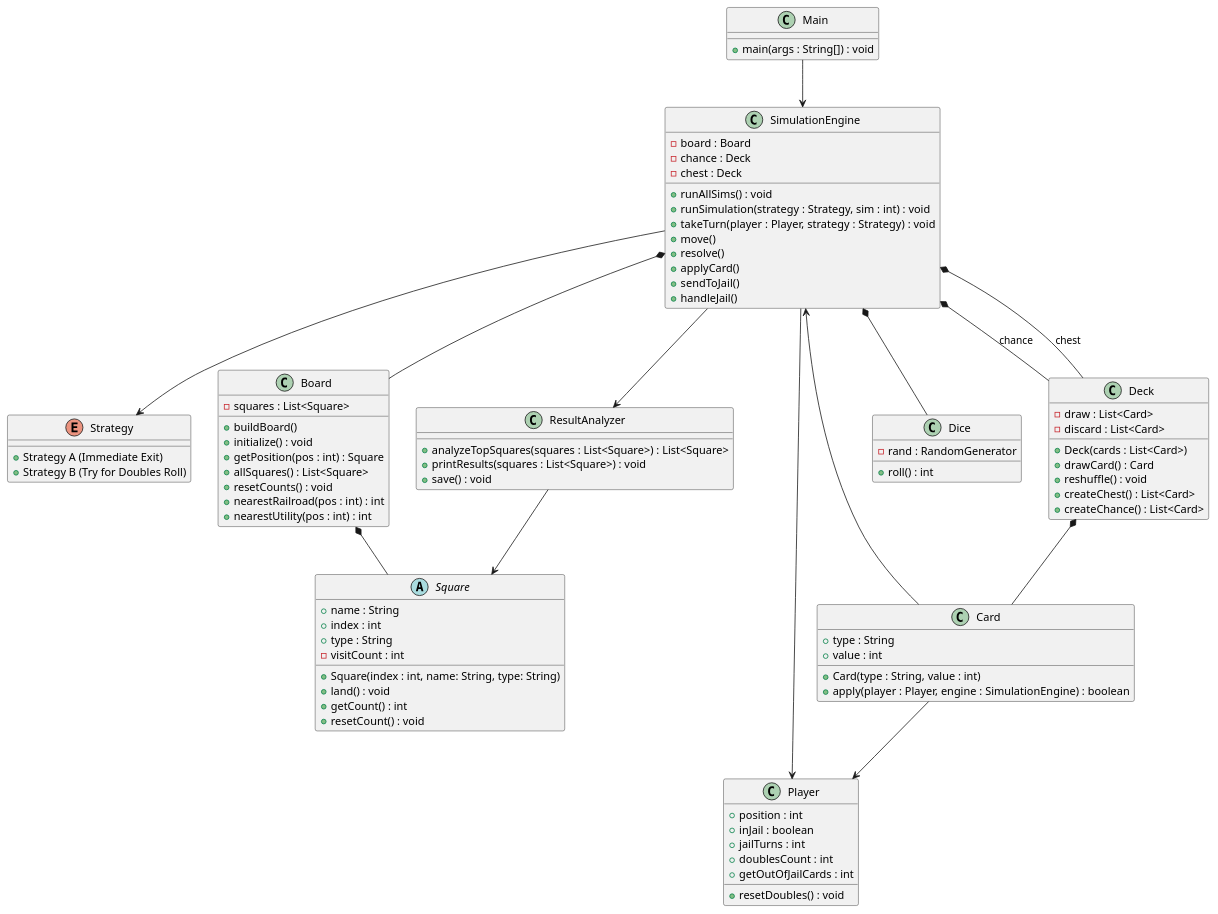
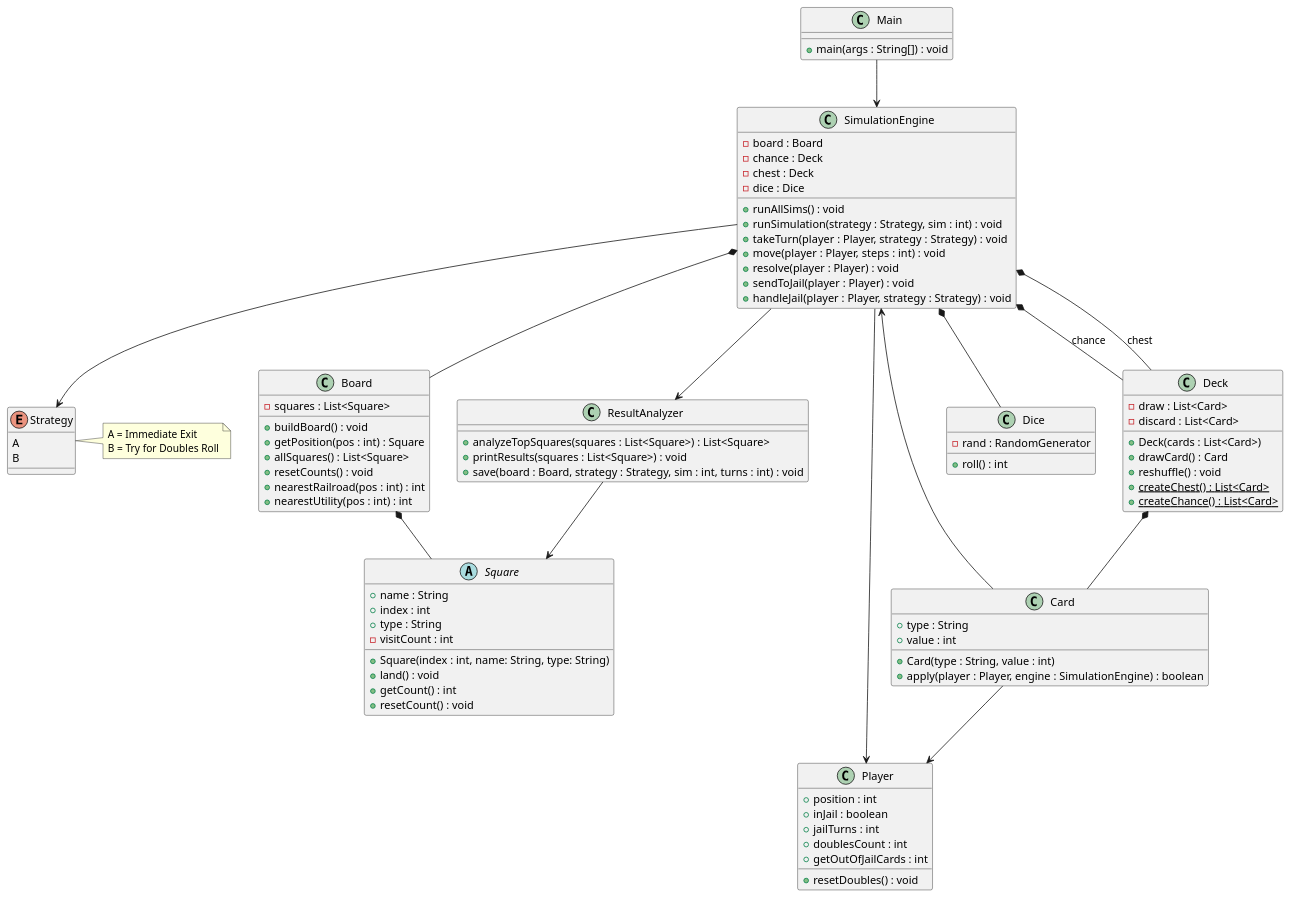
The diagram in docs/MonopolyUML.puml (keanu-cruz/CS2430_Programming_Project_4), drawn with PlantUML before and after one commit.

Commit message:
Updated UML

```diff
--- a/docs/MonopolyUML.puml
+++ b/docs/MonopolyUML.puml
@@ -1,120 +1,124 @@
 @startuml
 
   class Main {
     + main(args : String[]) : void
   }
 
   class SimulationEngine {
     - board : Board
     - chance : Deck
     - chest : Deck
+    - dice : Dice
     + runAllSims() : void
     + runSimulation(strategy : Strategy, sim : int) : void
     + takeTurn(player : Player, strategy : Strategy) : void
-    + move()
-    + resolve()
-    + applyCard()
-    + sendToJail()
-    + handleJail()
+    + move(player : Player, steps : int) : void
+    + resolve(player : Player) : void
+    + sendToJail(player : Player) : void
+    + handleJail(player : Player, strategy : Strategy) : void
     
   }
 
   Enum Strategy {
-    + Strategy A (Immediate Exit)
-    + Strategy B (Try for Doubles Roll)
+    A 
+    B 
   }
+  
+  note right of Strategy
+  A = Immediate Exit
+  B = Try for Doubles Roll
+  end note
 
   class ResultAnalyzer {
     + analyzeTopSquares(squares : List<Square>) : List<Square>
     + printResults(squares : List<Square>) : void
-    + save() : void
+    + save(board : Board, strategy : Strategy, sim : int, turns : int) : void
   }
 
 
   class Board {
     - squares : List<Square>
-    + buildBoard()
-    + initialize() : void
+    + buildBoard() : void
     + getPosition(pos : int) : Square
     + allSquares() : List<Square>
     + resetCounts() : void
     + nearestRailroad(pos : int) : int
     + nearestUtility(pos : int) : int
   }
 
   abstract class Square {
     + name : String
     + index : int
     + type : String
     - visitCount : int
     + Square(index : int, name: String, type: String)
     + land() : void
     + getCount() : int
     + resetCount() : void
   }
 
 
   class Card {
     + type : String
     + value : int
     + Card(type : String, value : int)
     + apply(player : Player, engine : SimulationEngine) : boolean
     
   }
 
   class Deck {
     - draw : List<Card>
     - discard : List<Card>
     + Deck(cards : List<Card>)
     + drawCard() : Card
     + reshuffle() : void
-    + createChest() : List<Card>
-    + createChance() : List<Card>
+    + createChest() : List<Card> {static}
+    + createChance() : List<Card> {static}
   }
 
   class Player {
     + position : int
     + inJail : boolean
     + jailTurns : int
     + doublesCount : int
     + getOutOfJailCards : int
     + resetDoubles() : void
   }
 
 
 
 
   class Dice {
     - rand : RandomGenerator
     + roll() : int
   }
 
 
 ' Entry point
 Main --> SimulationEngine
 
 ' Core engine ownership (composition)
 SimulationEngine *-- Board
 SimulationEngine *-- Deck : chance
 SimulationEngine *-- Deck : chest
 SimulationEngine *-- Dice
 
 ' Engine uses these
 SimulationEngine --> Player
 SimulationEngine --> Strategy
 SimulationEngine --> ResultAnalyzer
 
 ' Board structure
 Board *-- Square
 
 ' Deck structure
 Deck *-- Card
 
 ' Card behavior dependencies
 Card --> Player
 Card --> SimulationEngine
 
 ' Result processing
 ResultAnalyzer --> Square
 
 @enduml
```
